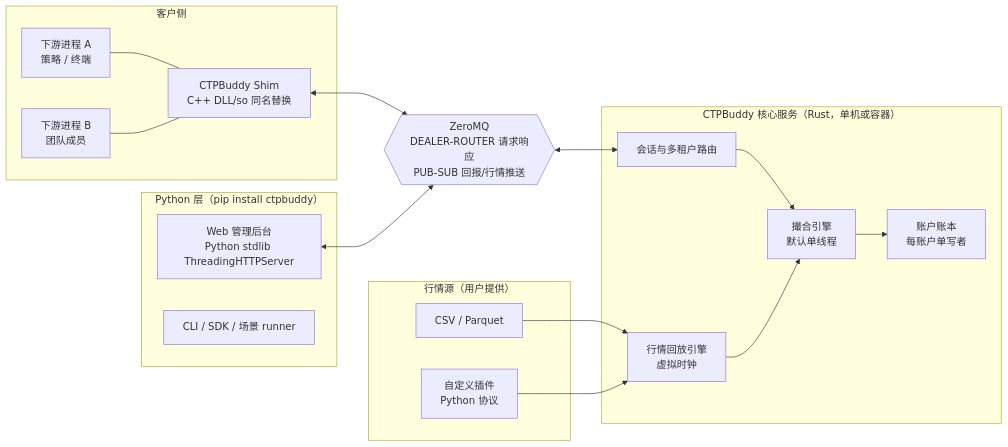
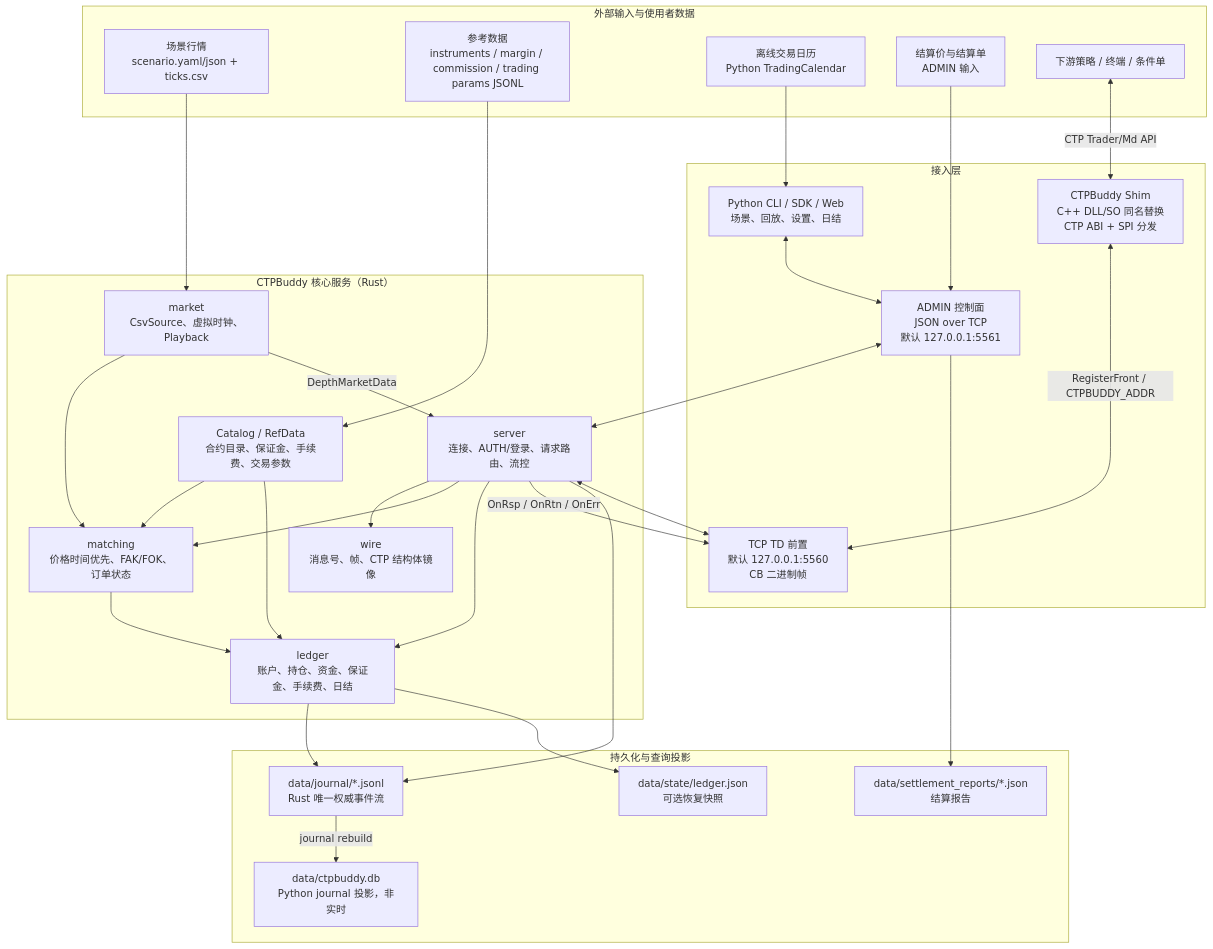
The first of 2 diagrams in DESIGN.md (charleszu/ctpbuddy), drawn with Mermaid before and after one commit. The commit also changed other lines of this file and 2 other files, not shown here.

Commit message:
docs: complete CTPBuddy architecture diagrams

````diff
--- a/DESIGN.md
+++ b/DESIGN.md
@@ -99,33 +99,57 @@
 ```mermaid
-flowchart LR
-  subgraph 客户侧
-    C1[下游进程 A<br/>策略 / 终端]
-    C2[下游进程 B<br/>团队成员]
-    S[CTPBuddy Shim<br/>C++ DLL/so 同名替换]
-    C1 --- S
-    C2 --- S
+flowchart TB
+  subgraph EXT[外部输入与使用者数据]
+    TICKS[场景行情<br/>scenario.yaml/json + ticks.csv]
+    REF[参考数据<br/>instruments / margin / commission / trading params JSONL]
+    CAL[离线交易日历<br/>Python TradingCalendar]
+    SETTLE[结算价与结算单<br/>ADMIN 输入]
+    CLIENT[下游策略 / 终端 / 条件单]
   end
-  subgraph Python 层["Python 层（pip install ctpbuddy）"]
-    W[Web 管理后台<br/>Python stdlib ThreadingHTTPServer]
-    K[CLI / SDK / 场景 runner]
+
+  subgraph ACCESS[接入层]
+    SHIM[CTPBuddy Shim<br/>C++ DLL/SO 同名替换<br/>CTP ABI + SPI 分发]
+    TD[TCP TD 前置<br/>默认 127.0.0.1:5560<br/>CB 二进制帧]
+    ADMIN[ADMIN 控制面<br/>JSON over TCP<br/>默认 127.0.0.1:5561]
+    PY[Python CLI / SDK / Web<br/>场景、回放、设置、日结]
   end
-  ZMQ{{"ZeroMQ<br/>DEALER-ROUTER 请求响应<br/>PUB-SUB 回报/行情推送"}}
-  subgraph Rust 核心["CTPBuddy 核心服务（Rust，单机或容器）"]
-    R[会话与多租户路由]
-    M[行情回放引擎<br/>虚拟时钟]
-    E[撮合引擎<br/>默认单线程]
-    L[账户账本<br/>每账户单写者]
-    R --> E
-    M --> E
-    E --> L
+
+  subgraph CORE[CTPBuddy 核心服务（Rust）]
+    SERVER[server<br/>连接、AUTH/登录、请求路由、流控]
+    WIRE[wire<br/>消息号、帧、CTP 结构体镜像]
+    MARKET[market<br/>CsvSource、虚拟时钟、Playback]
+    CATALOG[Catalog / RefData<br/>合约目录、保证金、手续费、交易参数]
+    MATCH[matching<br/>价格时间优先、FAK/FOK、订单状态]
+    LEDGER[ledger<br/>账户、持仓、资金、保证金、手续费、日结]
+    SERVER --> WIRE
+    SERVER --> MATCH
+    SERVER --> LEDGER
+    MARKET --> MATCH
+    CATALOG --> MATCH
+    CATALOG --> LEDGER
+    MATCH --> LEDGER
   end
-  subgraph 行情源["行情源（用户提供）"]
-    P1[CSV / Parquet]
-    P2[自定义插件<br/>Python 协议]
+
+  subgraph STORE[持久化与查询投影]
+    JOURNAL[data/journal/*.jsonl<br/>Rust 唯一权威事件流]
+    SNAPSHOT[data/state/ledger.json<br/>可选恢复快照]
+    REPORT[data/settlement_reports/*.json<br/>结算报告]
+    SQLITE[data/ctpbuddy.db<br/>Python journal 投影，非实时]
   end
-  P1 --> M
-  P2 --> M
-  S <--> ZMQ
-  W <--> ZMQ
-  ZMQ <--> R
+
+  CLIENT <-->|CTP Trader/Md API| SHIM
+  SHIM <-->|RegisterFront / CTPBUDDY_ADDR| TD
+  TD <--> SERVER
+  PY <--> ADMIN
+  ADMIN <--> SERVER
+  TICKS --> MARKET
+  REF --> CATALOG
+  CAL --> PY
+  SETTLE --> ADMIN
+  SERVER -->|OnRsp / OnRtn / OnErr| TD
+  MARKET -->|DepthMarketData| SERVER
+  LEDGER --> JOURNAL
+  SERVER --> JOURNAL
+  LEDGER --> SNAPSHOT
+  ADMIN --> REPORT
+  JOURNAL -->|journal rebuild| SQLITE
 ```
````
